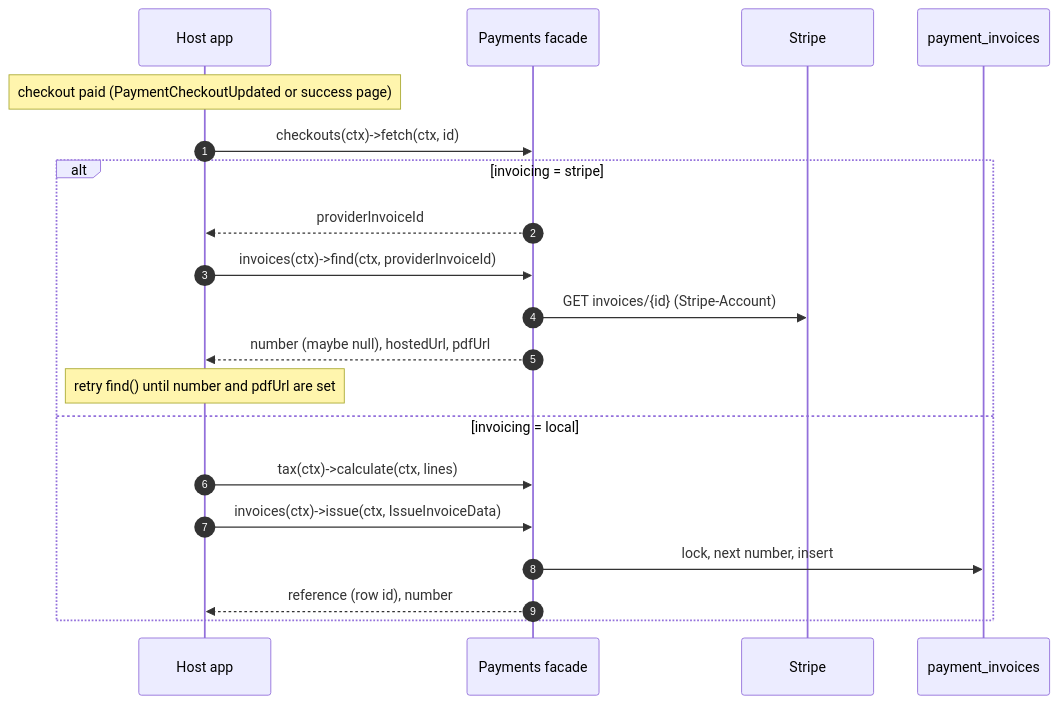
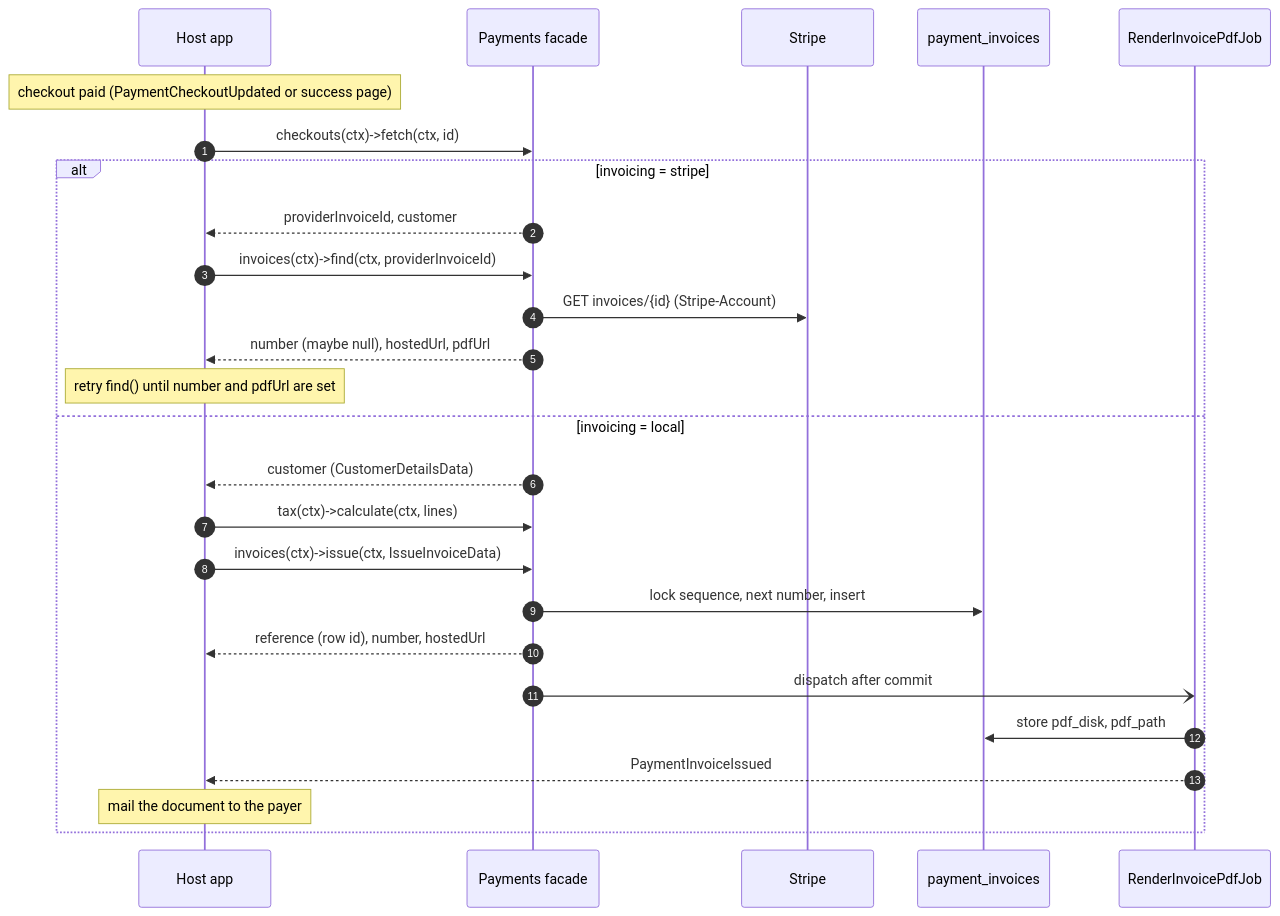
Before and after one commit to net-os-com/laravel-payments: the second of 2 diagrams in docs/Invoices.md, drawn with Mermaid. The commit also changed other lines of this file and 14 other files, not shown here.

````diff
--- a/docs/Invoices.md
+++ b/docs/Invoices.md
@@ -133,23 +262,29 @@
 ```mermaid
 sequenceDiagram
     autonumber
     participant App as Host app
     participant Pkg as Payments facade
     participant Stripe
     participant DB as payment_invoices
+    participant Q as RenderInvoicePdfJob
 
     Note over App: checkout paid (PaymentCheckoutUpdated or success page)
     App->>Pkg: checkouts(ctx)->fetch(ctx, id)
     alt invoicing = stripe
-        Pkg-->>App: providerInvoiceId
+        Pkg-->>App: providerInvoiceId, customer
         App->>Pkg: invoices(ctx)->find(ctx, providerInvoiceId)
         Pkg->>Stripe: GET invoices/{id} (Stripe-Account)
         Pkg-->>App: number (maybe null), hostedUrl, pdfUrl
         Note over App: retry find() until number and pdfUrl are set
     else invoicing = local
+        Pkg-->>App: customer (CustomerDetailsData)
         App->>Pkg: tax(ctx)->calculate(ctx, lines)
         App->>Pkg: invoices(ctx)->issue(ctx, IssueInvoiceData)
-        Pkg->>DB: lock, next number, insert
-        Pkg-->>App: reference (row id), number
+        Pkg->>DB: lock sequence, next number, insert
+        Pkg-->>App: reference (row id), number, hostedUrl
+        Pkg-)Q: dispatch after commit
+        Q->>DB: store pdf_disk, pdf_path
+        Q-->>App: PaymentInvoiceIssued
+        Note over App: mail the document to the payer
     end
 ```
````
